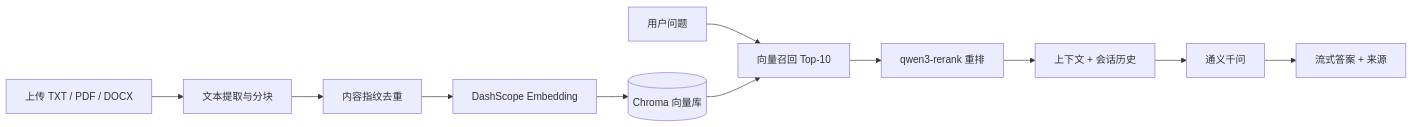
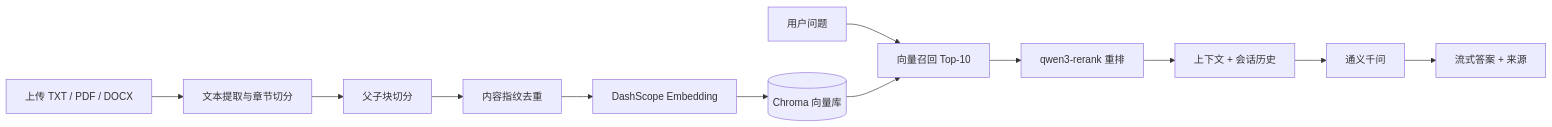
Before and after one commit to DL-DET/industrial-rag-assistant: the diagram in README.md, drawn with Mermaid. The commit also changed other lines of this file and 20 other files, not shown here.

````diff
--- a/README.md
+++ b/README.md
@@ -238,13 +277,14 @@
 ```mermaid
 flowchart LR
-    A[上传 TXT / PDF / DOCX] --> B[文本提取与分块]
-    B --> C[内容指纹去重]
+    A[上传 TXT / PDF / DOCX] --> B[文本提取与章节切分]
+    B --> P[父子块切分]
+    P --> C[内容指纹去重]
     C --> D[DashScope Embedding]
     D --> E[(Chroma 向量库)]
     F[用户问题] --> G[向量召回 Top-10]
     E --> G
     G --> R[qwen3-rerank 重排]
     R --> H[上下文 + 会话历史]
     H --> I[通义千问]
     I --> J[流式答案 + 来源]
 ```
````
